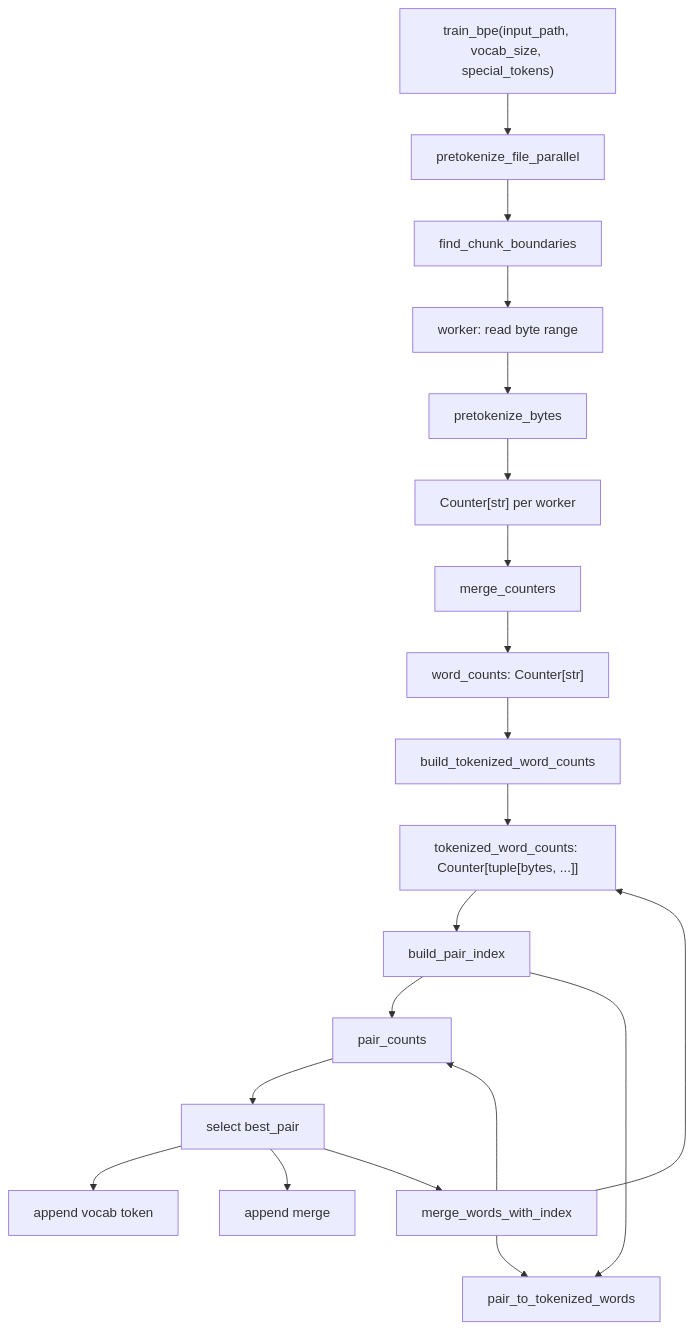
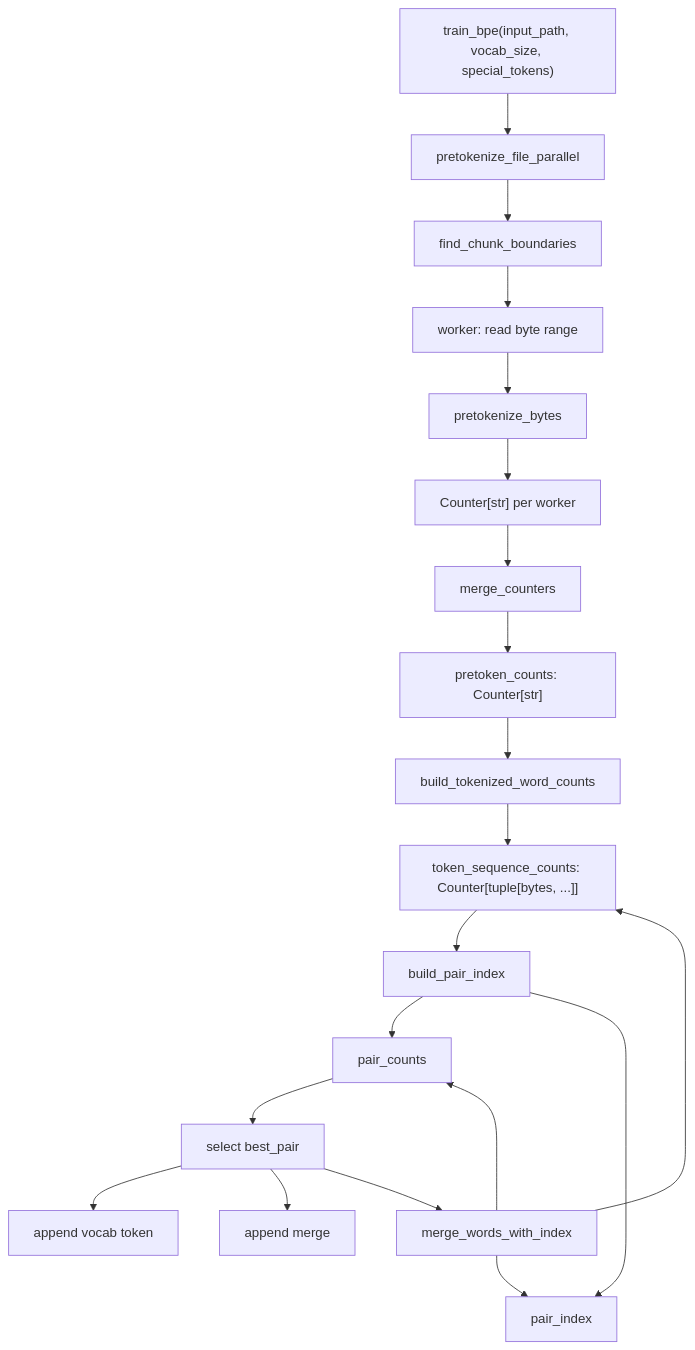
One commit to sean-xinyong-liu/CS336-A1 changed the diagram in cs336_basics/tokenizer/README.md. Above: the diagram before and after it, drawn with Mermaid. The commit also changed other lines of this file and 8 other files, not shown here.

````diff
--- a/cs336_basics/tokenizer/README.md
+++ b/cs336_basics/tokenizer/README.md
@@ -28,22 +32,22 @@
 ```mermaid
 flowchart TD
     A["train_bpe(input_path, vocab_size, special_tokens)"] --> B["pretokenize_file_parallel"]
     B --> C["find_chunk_boundaries"]
     C --> D["worker: read byte range"]
     D --> E["pretokenize_bytes"]
     E --> F["Counter[str] per worker"]
     F --> G["merge_counters"]
-    G --> H["word_counts: Counter[str]"]
+    G --> H["pretoken_counts: Counter[str]"]
     H --> I["build_tokenized_word_counts"]
-    I --> J["tokenized_word_counts: Counter[tuple[bytes, ...]]"]
+    I --> J["token_sequence_counts: Counter[tuple[bytes, ...]]"]
     J --> K["build_pair_index"]
     K --> L["pair_counts"]
-    K --> M["pair_to_tokenized_words"]
+    K --> M["pair_index"]
     L --> N["select best_pair"]
     N --> O["append vocab token"]
     N --> P["append merge"]
     N --> Q["merge_words_with_index"]
     Q --> J
     Q --> L
     Q --> M
 ```
````
